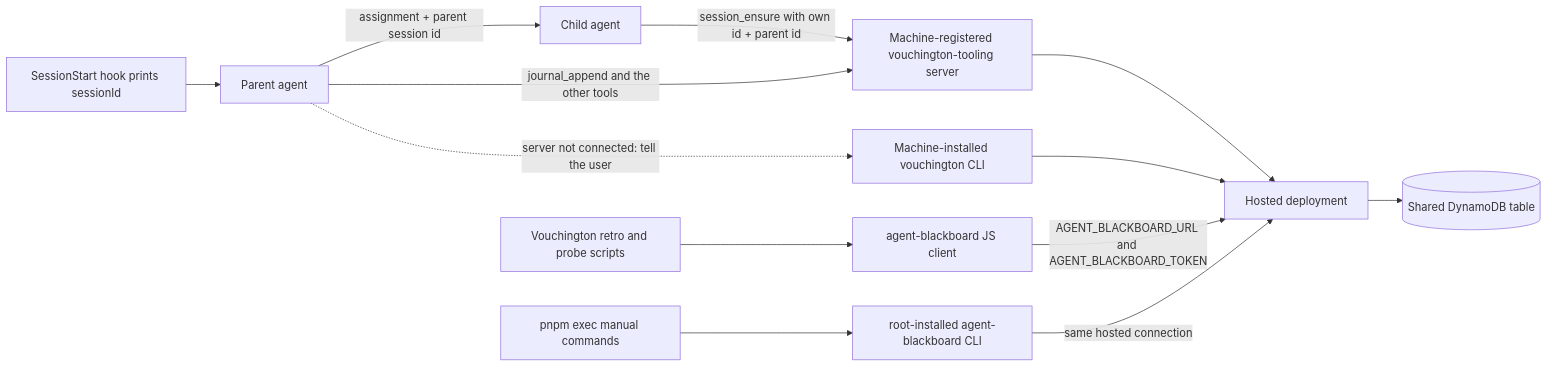
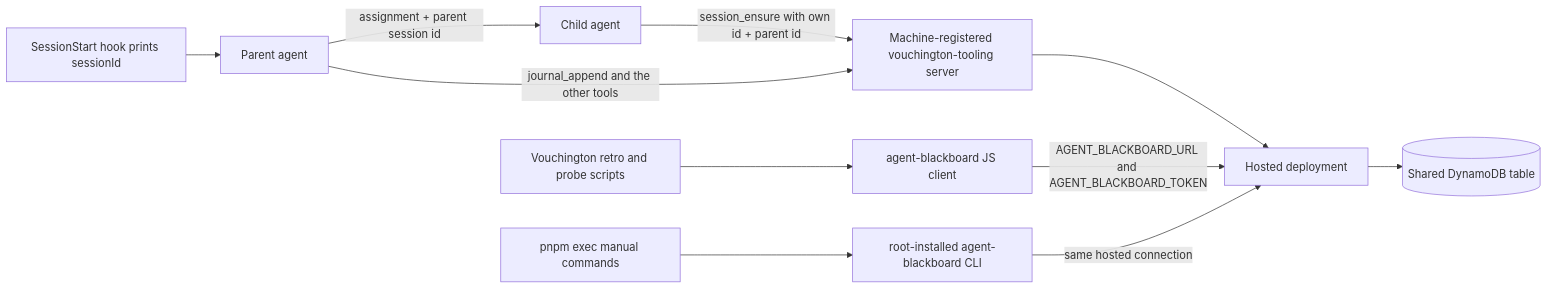
Before and after one commit to vouchington/vouchington: the diagram in docs/development/agent-blackboard.md, drawn with Mermaid. The commit also changed other lines of this file and 11 other files, not shown here.

First line of the commit message:
docs(agents): drop the blackboard CLI fallback

````diff
--- a/docs/development/agent-blackboard.md
+++ b/docs/development/agent-blackboard.md
@@ -28,15 +28,13 @@
 ```mermaid
 flowchart LR
   parent[Parent agent] -->|assignment + parent session id| child[Child agent]
   child -->|session_ensure with own id + parent id| mcp
   hook[SessionStart hook prints sessionId] --> parent
   parent -->|journal_append and the other tools| mcp[Machine-registered vouchington-tooling server]
-  parent -.->|server not connected: tell the user| fallback[Machine-installed vouchington CLI]
   scripts[Vouchington retro and probe scripts] --> js[agent-blackboard JS client]
   manual[pnpm exec manual commands] --> cli[root-installed agent-blackboard CLI]
   mcp --> lambda[Hosted deployment]
-  fallback --> lambda
   js -->|AGENT_BLACKBOARD_URL and AGENT_BLACKBOARD_TOKEN| lambda
   cli -->|same hosted connection| lambda
   lambda --> table[(Shared DynamoDB table)]
 ```
````
